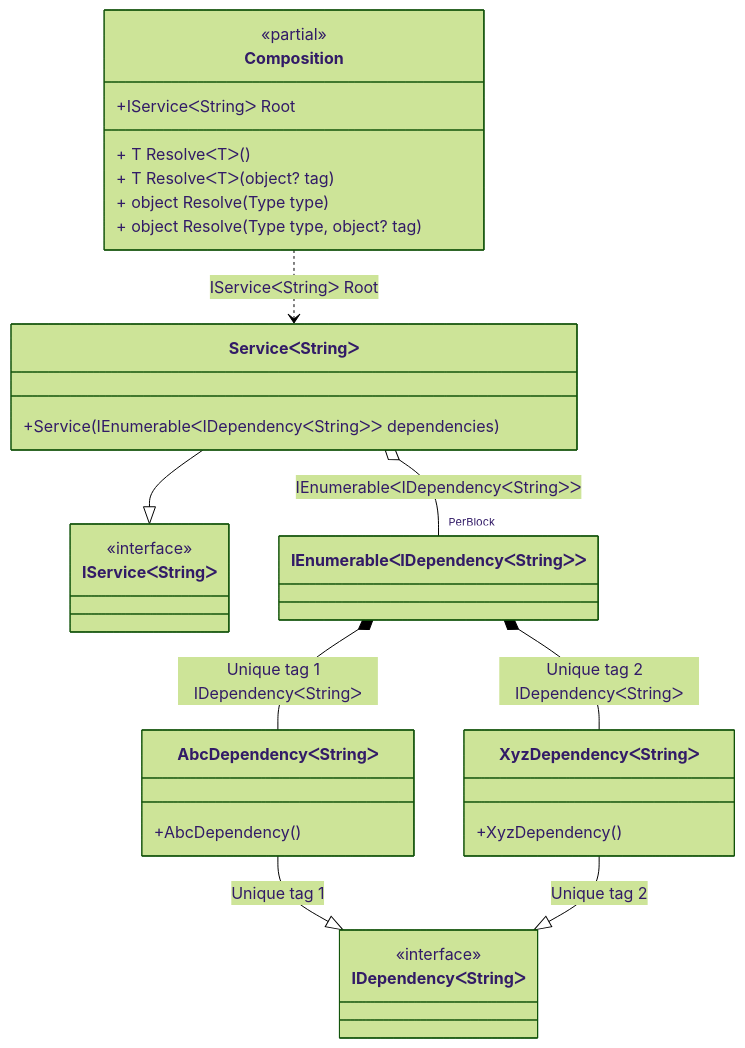
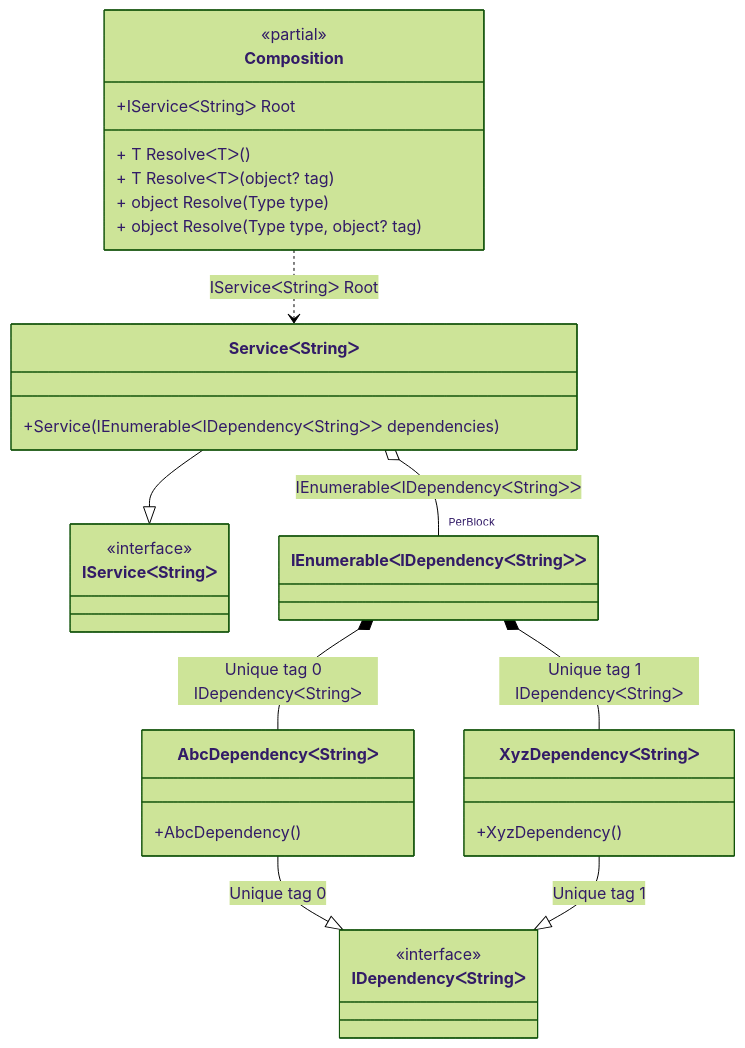
Before and after one commit to DevTeam/Pure.DI: the diagram in readme/tag-unique.md, drawn with Mermaid (forest theme). The commit also changed 50 other files, not shown here.

````diff
--- a/readme/tag-unique.md
+++ b/readme/tag-unique.md
@@ -190,34 +190,34 @@
 ```mermaid
 classDiagram
 	class Composition {
 		<<partial>>
 		+IServiceᐸStringᐳ Root
 		+ T ResolveᐸTᐳ()
 		+ T ResolveᐸTᐳ(object? tag)
 		+ object Resolve(Type type)
 		+ object Resolve(Type type, object? tag)
 	}
 	ServiceᐸStringᐳ --|> IServiceᐸStringᐳ
 	class ServiceᐸStringᐳ {
 		+Service(IEnumerableᐸIDependencyᐸStringᐳᐳ dependencies)
 	}
 	class IEnumerableᐸIDependencyᐸStringᐳᐳ
-	AbcDependencyᐸStringᐳ --|> IDependencyᐸStringᐳ : Unique tag 1 
+	AbcDependencyᐸStringᐳ --|> IDependencyᐸStringᐳ : Unique tag 0 
 	class AbcDependencyᐸStringᐳ {
 		+AbcDependency()
 	}
-	XyzDependencyᐸStringᐳ --|> IDependencyᐸStringᐳ : Unique tag 2 
+	XyzDependencyᐸStringᐳ --|> IDependencyᐸStringᐳ : Unique tag 1 
 	class XyzDependencyᐸStringᐳ {
 		+XyzDependency()
 	}
 	class IServiceᐸStringᐳ {
 		<<interface>>
 	}
 	class IDependencyᐸStringᐳ {
 		<<interface>>
 	}
 	Composition ..> ServiceᐸStringᐳ : IServiceᐸStringᐳ Root
 	ServiceᐸStringᐳ o-- "PerBlock" IEnumerableᐸIDependencyᐸStringᐳᐳ : IEnumerableᐸIDependencyᐸStringᐳᐳ
-	IEnumerableᐸIDependencyᐸStringᐳᐳ *--  AbcDependencyᐸStringᐳ : Unique tag 1  IDependencyᐸStringᐳ
-	IEnumerableᐸIDependencyᐸStringᐳᐳ *--  XyzDependencyᐸStringᐳ : Unique tag 2  IDependencyᐸStringᐳ
+	IEnumerableᐸIDependencyᐸStringᐳᐳ *--  AbcDependencyᐸStringᐳ : Unique tag 0  IDependencyᐸStringᐳ
+	IEnumerableᐸIDependencyᐸStringᐳᐳ *--  XyzDependencyᐸStringᐳ : Unique tag 1  IDependencyᐸStringᐳ
 ```
````
